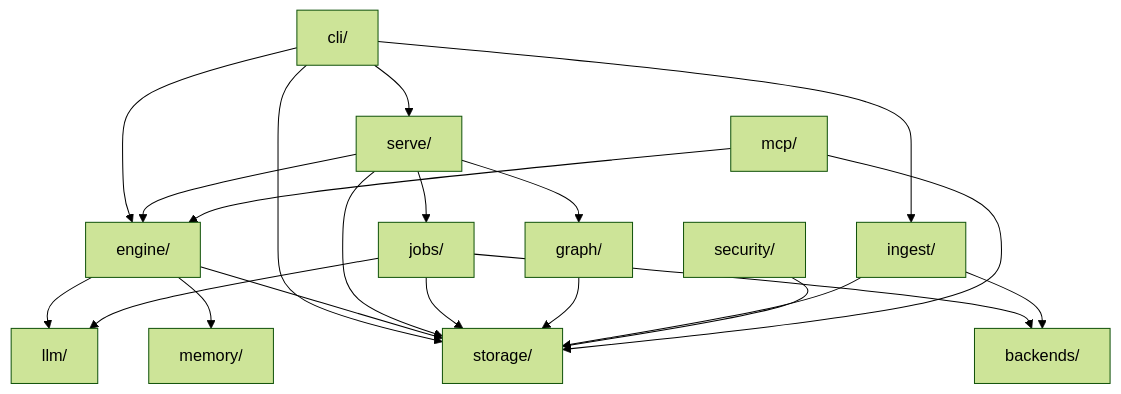
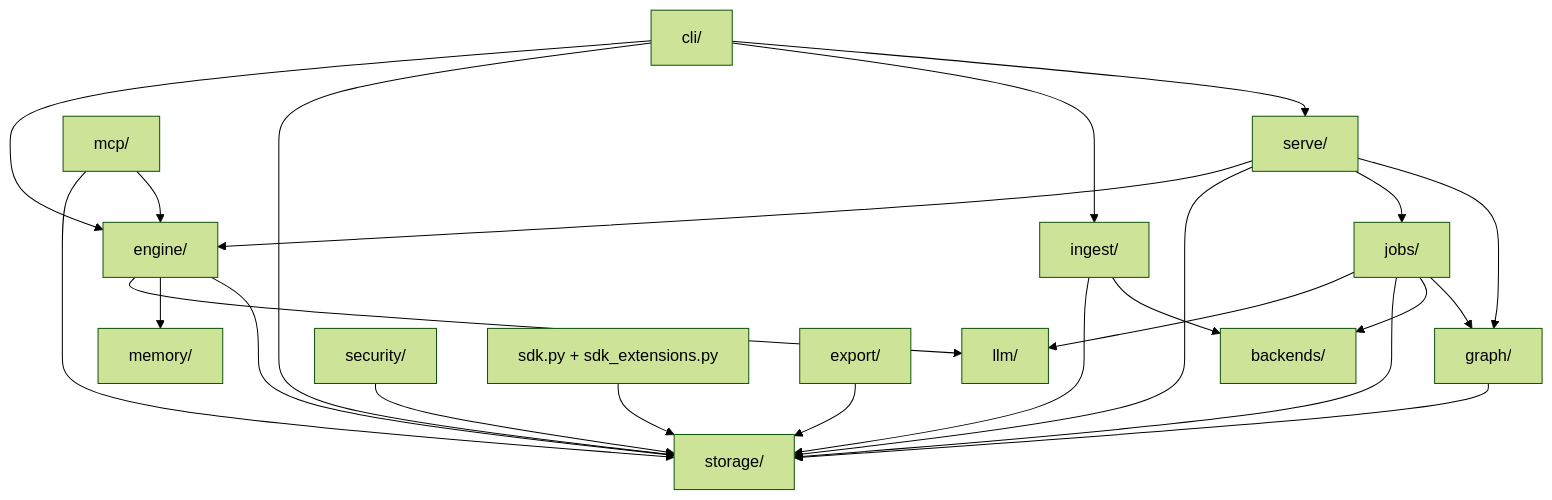
One commit to smartfind/loop-memory changed the first of 2 diagrams in docs/architecture.md. Above: the diagram before and after it, drawn with Mermaid (forest theme). The commit also changed other lines of this file and 22 other files, not shown here.

````diff
--- a/docs/architecture.md
+++ b/docs/architecture.md
@@ -8,23 +8,26 @@
 ```mermaid
 flowchart TD
     CLI[cli/] --> Engine[engine/]
     CLI --> Storage[storage/]
     CLI --> Ingest[ingest/]
     CLI --> Serve[serve/]
     Engine --> LLM[llm/]
     Engine --> Memory[memory/]
     Engine --> Storage
     Serve --> Engine
     Serve --> Storage
     Serve --> Jobs[jobs/]
     Serve --> Graph[graph/]
     Jobs --> LLM
     Jobs --> Storage
     Jobs --> Embed[backends/]
     Graph --> Storage
     Ingest --> Storage
     Ingest --> Embed
     Security[security/] --> Storage
     MCP[mcp/] --> Storage
     MCP --> Engine
+    SDK[sdk.py + sdk_extensions.py] --> Storage
+    Export[export/] --> Storage
+    Jobs --> Graph
 ```
````
